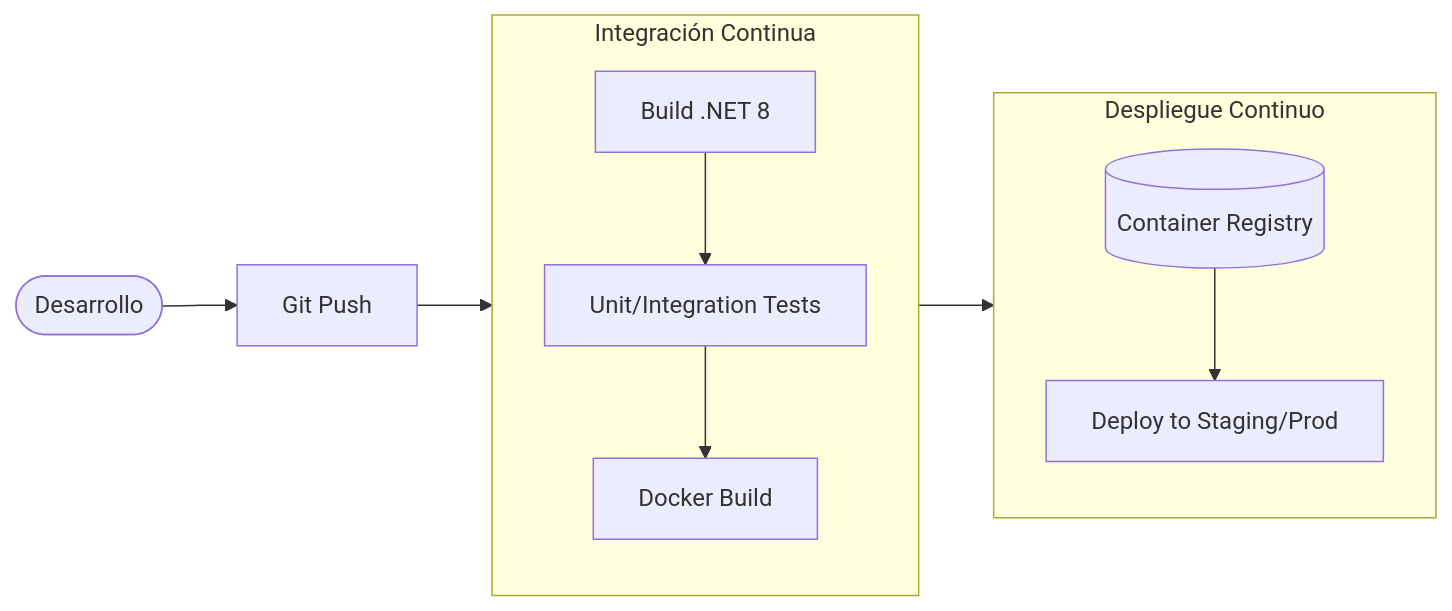
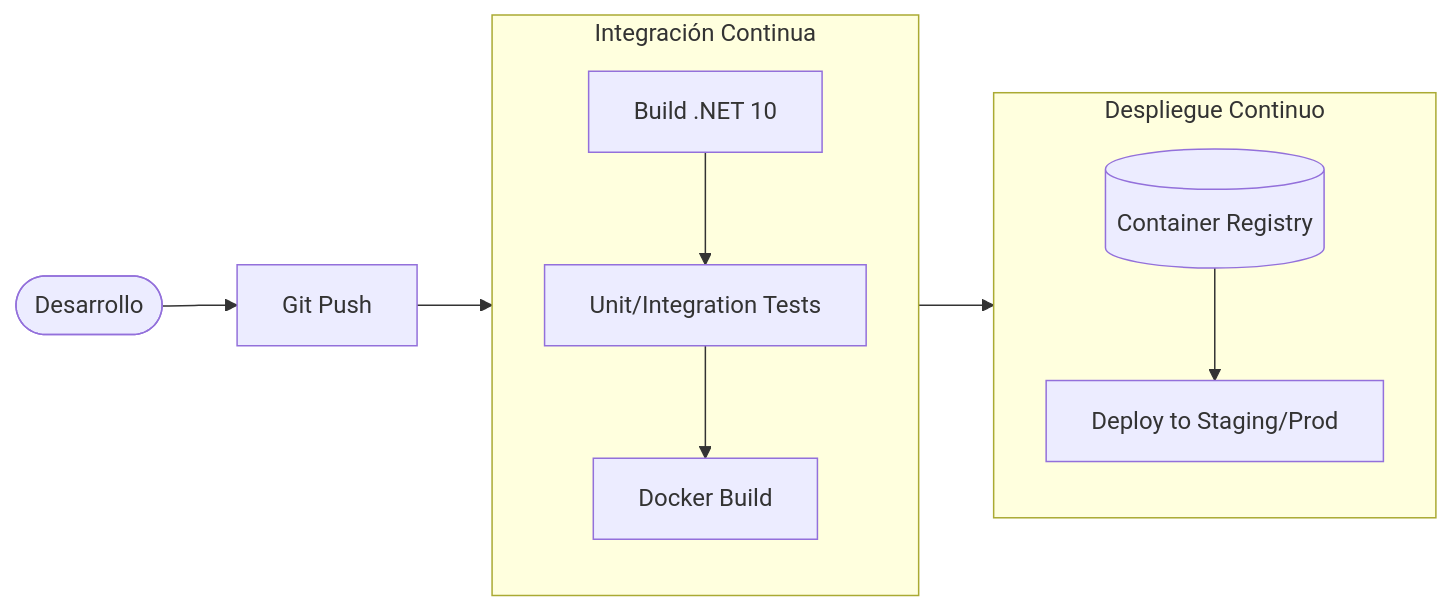
One commit to fedeisla/e-commerce-microservicios-net changed the diagram in docs/05-despliegue-e-infraestructura.md. Above: the diagram before and after it, drawn with Mermaid. The commit also changed other lines of this file and 2 other files, not shown here.

````diff
--- a/docs/05-despliegue-e-infraestructura.md
+++ b/docs/05-despliegue-e-infraestructura.md
@@ -79,22 +79,22 @@
 ```mermaid
 flowchart LR
     Dev([Desarrollo]) --> Git[Git Push]
     
     subgraph CI [Integración Continua]
         direction TB
-        Build[Build .NET 8]
+        Build[Build .NET 10]
         Test[Unit/Integration Tests]
         Image[Docker Build]
         Build --> Test --> Image
     end
 
     subgraph CD [Despliegue Continuo]
         direction TB
         Push[(Container Registry)]
         Deploy[Deploy to Staging/Prod]
         Push --> Deploy
     end
 
     Git --> Build
     Image --> Push
 ```
````
